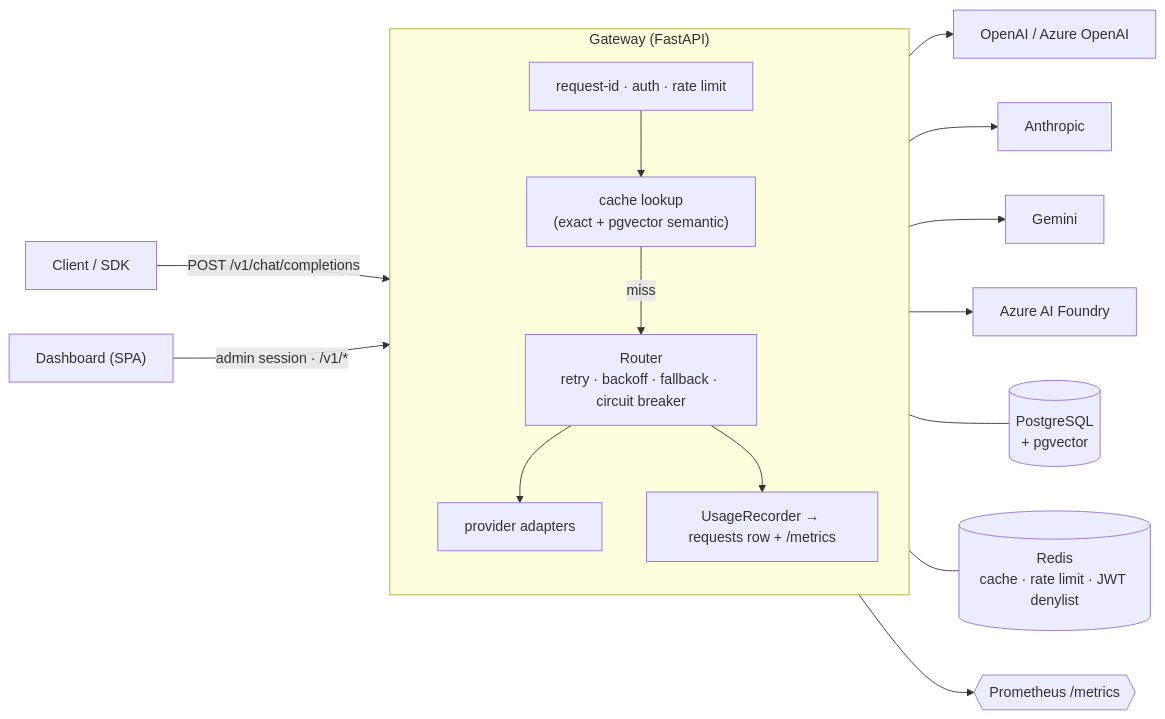
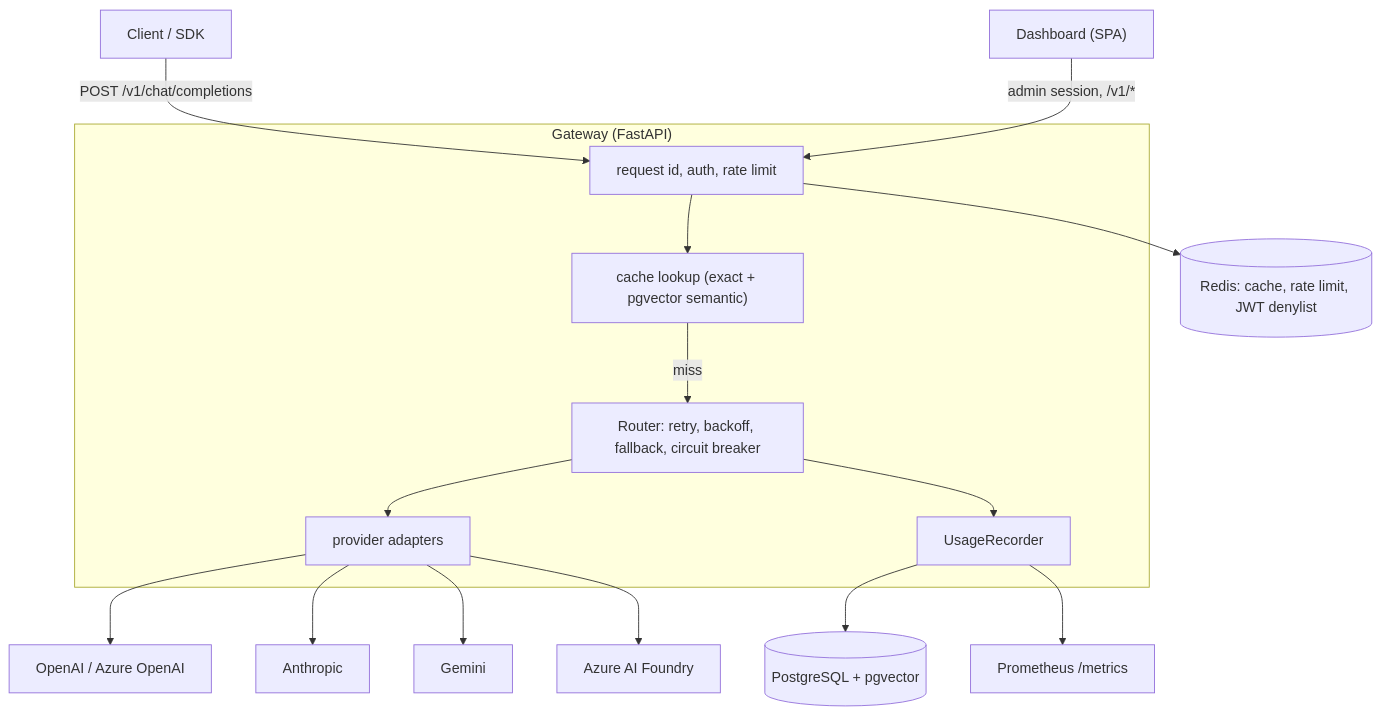
One commit to smit-chavda6/InferMesh changed the diagram in README.md. Above: the diagram before and after it, drawn with Mermaid. The commit also changed other lines of this file, not shown here.

Commit message:
docs(readme): fix architecture diagram not rendering on GitHub
The Mermaid flowchart used two patterns GitHub's renderer chokes on:
edges drawn directly to/from the subgraph container itself (gw --- pg,
client --> gw) instead of to a node inside it, and <br/> line breaks
inside labels. Both silently fail the whole diagram with GitHub's
generic "Unable to render rich display" fallback.

Rewrote the diagram routing every external edge to a concrete node
inside the Gateway subgraph (MW / Rec) instead of the subgraph id, and
replaced <br/> with plain single-line labels. Also added a collapsible
plain-text fallback describing the same architecture, in case Mermaid
still doesn't render in a given GitHub view.

Claude-Session: https://claude.ai/code/session_01LUs7mW8ekMCkh7NCF2yUhy

````diff
--- a/README.md
+++ b/README.md
@@ -35,22 +35,21 @@
 ```mermaid
-flowchart LR
-  client["Client / SDK"] -->|"POST /v1/chat/completions"| gw
-  browser["Dashboard (SPA)"] -->|"admin session · /v1/*"| gw
+flowchart TD
+    Client["Client / SDK"] -->|"POST /v1/chat/completions"| MW
+    Browser["Dashboard (SPA)"] -->|"admin session, /v1/*"| MW
 
-  subgraph gw["Gateway (FastAPI)"]
-    direction TB
-    mw["request-id · auth · rate limit"] --> cache["cache lookup<br/>(exact + pgvector semantic)"]
-    cache -->|miss| router["Router<br/>retry · backoff · fallback · circuit breaker"]
-    router --> adapters["provider adapters"]
-    router --> rec["UsageRecorder → requests row + /metrics"]
-  end
+    subgraph Gateway["Gateway (FastAPI)"]
+        MW["request id, auth, rate limit"] --> Cache["cache lookup (exact + pgvector semantic)"]
+        Cache -->|"miss"| Router["Router: retry, backoff, fallback, circuit breaker"]
+        Router --> Adapters["provider adapters"]
+        Router --> Rec["UsageRecorder"]
+    end
 
-  adapters --> openai["OpenAI / Azure OpenAI"]
-  adapters --> anthropic["Anthropic"]
-  adapters --> gemini["Gemini"]
-  adapters --> foundry["Azure AI Foundry"]
+    Adapters --> OpenAI["OpenAI / Azure OpenAI"]
+    Adapters --> Anthropic["Anthropic"]
+    Adapters --> Gemini["Gemini"]
+    Adapters --> Foundry["Azure AI Foundry"]
 
-  gw --- pg[("PostgreSQL<br/>+ pgvector")]
-  gw --- redis[("Redis<br/>cache · rate limit · JWT denylist")]
-  gw --> prom{{"Prometheus /metrics"}}
+    Rec --> PG[("PostgreSQL + pgvector")]
+    MW --> Redis[("Redis: cache, rate limit, JWT denylist")]
+    Rec --> Prom["Prometheus /metrics"]
 ```
````
